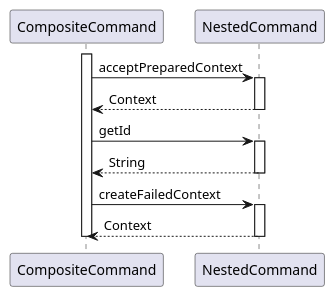
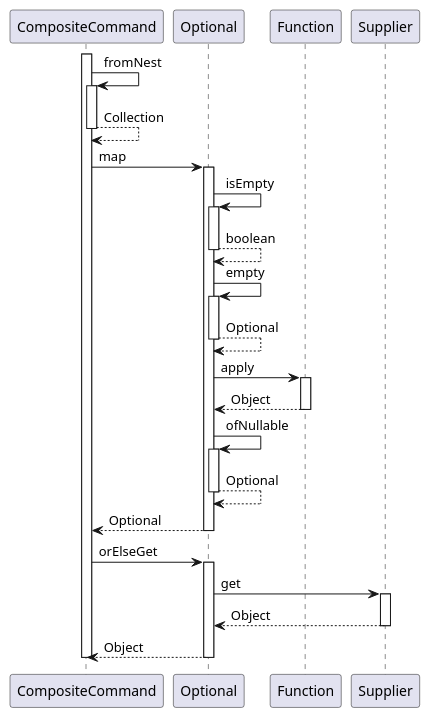
One commit to OlegSopilnyak/school-demo changed the diagram in business-logic/documentation/puml/sequence-diagrams/MacroCommand.createContext.puml. Above: the diagram before and after it, drawn with PlantUML. The commit also changed 14 other files, not shown here.

```diff
--- a/business-logic/documentation/puml/sequence-diagrams/MacroCommand.createContext.puml
+++ b/business-logic/documentation/puml/sequence-diagrams/MacroCommand.createContext.puml
@@ -3,21 +3,43 @@
 @startuml
 
 participant CompositeCommand
-participant NestedCommand
+participant Optional
+participant Function
+participant Supplier
 
 activate CompositeCommand
-	CompositeCommand -> NestedCommand : acceptPreparedContext
-	activate NestedCommand
-		NestedCommand --> CompositeCommand : Context
-	deactivate NestedCommand
-	CompositeCommand -> NestedCommand : getId
-	activate NestedCommand
-		NestedCommand --> CompositeCommand : String
-	deactivate NestedCommand
-	CompositeCommand -> NestedCommand : createFailedContext
-	activate NestedCommand
-		NestedCommand --> CompositeCommand : Context
-	deactivate NestedCommand
+	CompositeCommand -> CompositeCommand : fromNest
+	activate CompositeCommand
+		CompositeCommand --> CompositeCommand : Collection
+	deactivate CompositeCommand
+	CompositeCommand -> Optional : map
+	activate Optional
+		Optional -> Optional : isEmpty
+		activate Optional
+			Optional --> Optional : boolean
+		deactivate Optional
+		Optional -> Optional : empty
+		activate Optional
+			Optional --> Optional : Optional
+		deactivate Optional
+		Optional -> Function : apply
+		activate Function
+			Function --> Optional : Object
+		deactivate Function
+		Optional -> Optional : ofNullable
+		activate Optional
+			Optional --> Optional : Optional
+		deactivate Optional
+		Optional --> CompositeCommand : Optional
+	deactivate Optional
+	CompositeCommand -> Optional : orElseGet
+	activate Optional
+		Optional -> Supplier : get
+		activate Supplier
+			Supplier --> Optional : Object
+		deactivate Supplier
+		Optional --> CompositeCommand : Object
+	deactivate Optional
 deactivate CompositeCommand
 
 @enduml
```
